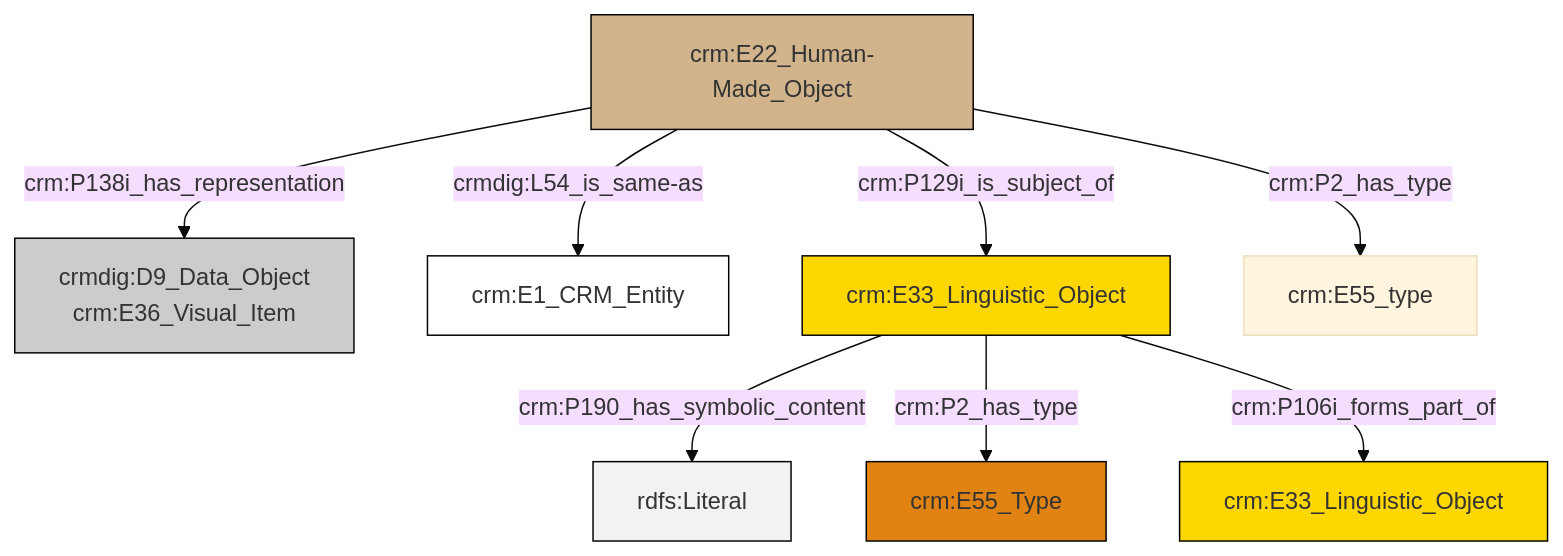
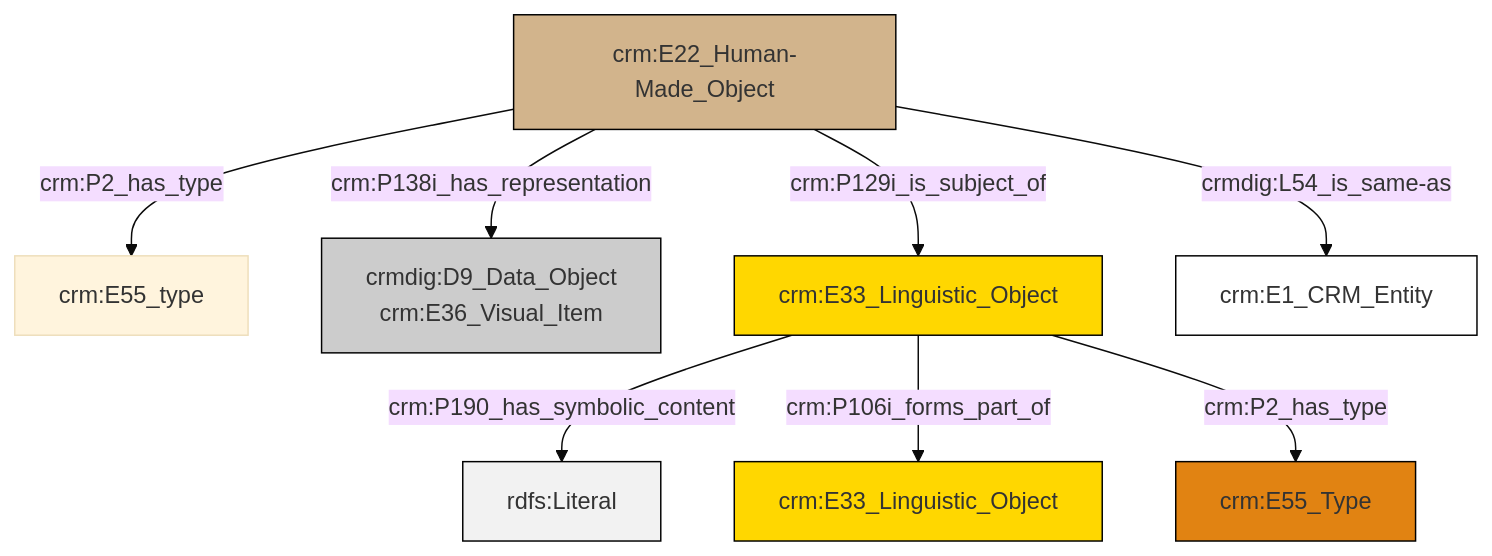
The diagram in et/artworkCSV/ttl/mmd/Artwork_Documentation.ttl.mmd (swiss-art-research-net/docs.swissartresearch), drawn with Mermaid (base theme) before and after one commit. The commit also changed 205 other files, not shown here.

```diff
--- a/et/artworkCSV/ttl/mmd/Artwork_Documentation.ttl.mmd
+++ b/et/artworkCSV/ttl/mmd/Artwork_Documentation.ttl.mmd
@@ -1,22 +1,22 @@
 graph TD
 classDef Literal fill:#f2f2f2,stroke:#000000;
 classDef CRM_Entity fill:#FFFFFF,stroke:#000000;
 classDef Temporal_Entity fill:#00C9E6, stroke:#000000;
 classDef Type fill:#E18312, stroke:#000000;
 classDef Time-Span fill:#2C9C91, stroke:#000000;
 classDef Appellation fill:#FFEB7F, stroke:#000000;
 classDef Place fill:#008836, stroke:#000000;
 classDef Persistent_Item fill:#B266B2, stroke:#000000;
 classDef Conceptual_Object fill:#FFD700, stroke:#000000;
 classDef Physical_Thing fill:#D2B48C, stroke:#000000;
 classDef Actor fill:#f58aad, stroke:#000000;
 classDef PC_Classes fill:#4ce600, stroke:#000000;
 classDef Multi fill:#cccccc,stroke:#000000;
 
-4["crm:E22_Human-Made_Object"]:::Physical_Thing -->|crmdig:L54_is_same-as| 2["crm:E1_CRM_Entity"]:::CRM_Entity
+0["crm:E22_Human-Made_Object"]:::Physical_Thing -->|crm:P2_has_type| 2["crm:E55_type"]:::Default
 5["crm:E33_Linguistic_Object"]:::Conceptual_Object -->|crm:P190_has_symbolic_content| 6[rdfs:Literal]:::Literal
-5["crm:E33_Linguistic_Object"]:::Conceptual_Object -->|crm:P2_has_type| 7["crm:E55_Type"]:::Type
-4["crm:E22_Human-Made_Object"]:::Physical_Thing -->|crm:P2_has_type| 8["crm:E55_type"]:::Default
-4["crm:E22_Human-Made_Object"]:::Physical_Thing -->|crm:P138i_has_representation| 0["crmdig:D9_Data_Object<br>crm:E36_Visual_Item"]:::Multi
-4["crm:E22_Human-Made_Object"]:::Physical_Thing -->|crm:P129i_is_subject_of| 5["crm:E33_Linguistic_Object"]:::Conceptual_Object
-5["crm:E33_Linguistic_Object"]:::Conceptual_Object -->|crm:P106i_forms_part_of| 12["crm:E33_Linguistic_Object"]:::Conceptual_Object
+0["crm:E22_Human-Made_Object"]:::Physical_Thing -->|crmdig:L54_is_same-as| 7["crm:E1_CRM_Entity"]:::CRM_Entity
+0["crm:E22_Human-Made_Object"]:::Physical_Thing -->|crm:P138i_has_representation| 3["crmdig:D9_Data_Object<br>crm:E36_Visual_Item"]:::Multi
+5["crm:E33_Linguistic_Object"]:::Conceptual_Object -->|crm:P106i_forms_part_of| 8["crm:E33_Linguistic_Object"]:::Conceptual_Object
+0["crm:E22_Human-Made_Object"]:::Physical_Thing -->|crm:P129i_is_subject_of| 5["crm:E33_Linguistic_Object"]:::Conceptual_Object
+5["crm:E33_Linguistic_Object"]:::Conceptual_Object -->|crm:P2_has_type| 10["crm:E55_Type"]:::Type
```
